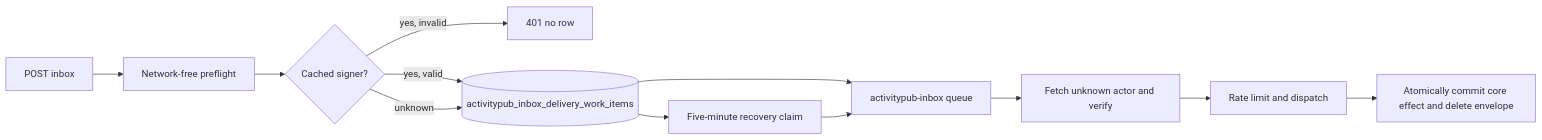
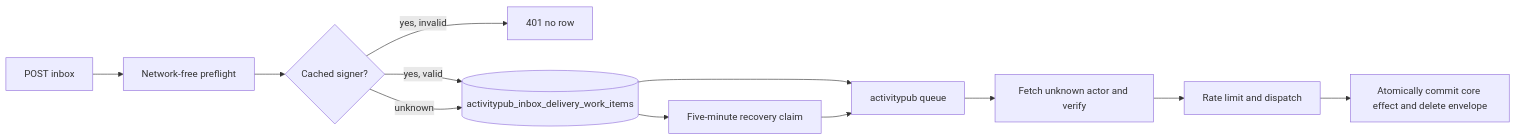
Before and after one commit to vouchington/vouchington: the diagram in docs/requirements/api/activitypub/README.md, drawn with Mermaid. The commit also changed 119 other files, not shown here.

Commit message:
refactor(queue): consolidate ActivityPub delivery and inbox

````diff
--- a/docs/requirements/api/activitypub/README.md
+++ b/docs/requirements/api/activitypub/README.md
@@ -89,14 +89,14 @@
   ```mermaid
   flowchart LR
     R[POST inbox] --> P[Network-free preflight]
     P --> C{Cached signer?}
     C -->|yes, invalid| X401[401 no row]
     C -->|yes, valid| D[(activitypub_inbox_delivery_work_items)]
     C -->|unknown| D
-    D --> Q[activitypub-inbox queue]
+    D --> Q[activitypub queue]
     Q --> V[Fetch unknown actor and verify]
     V --> A[Rate limit and dispatch]
     A --> X[Atomically commit core effect and delete envelope]
     D --> Rec[Five-minute recovery claim]
     Rec --> Q
   ```
````
